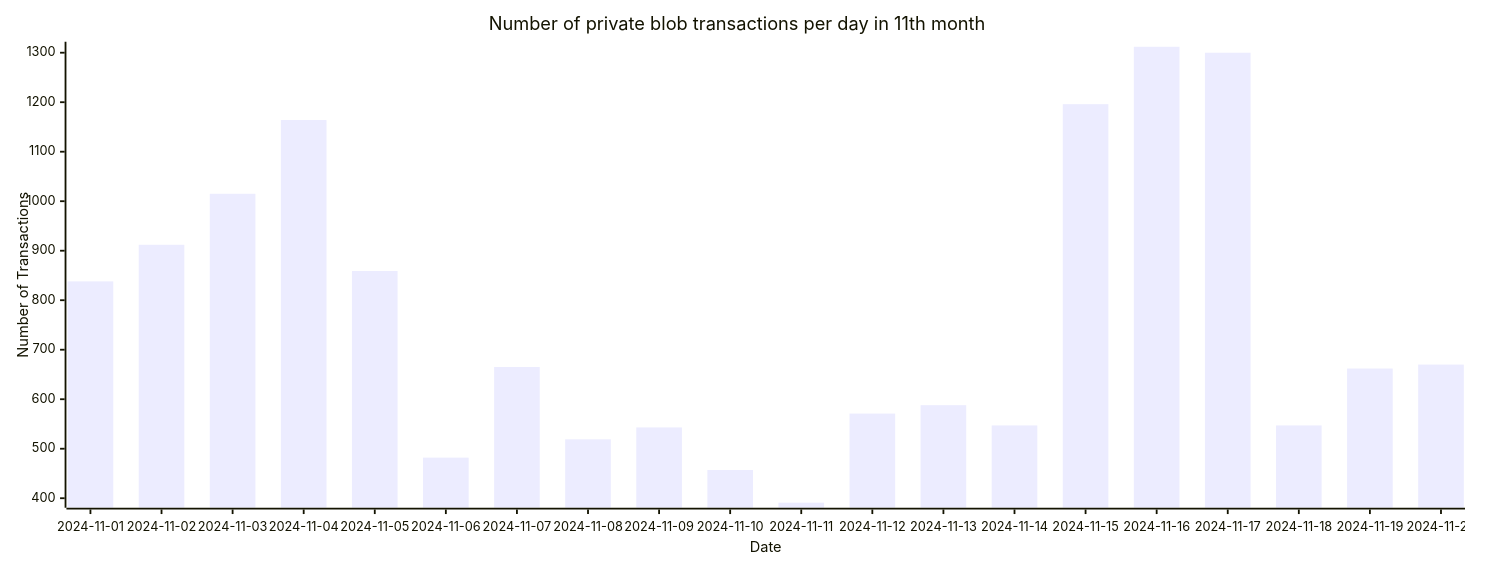
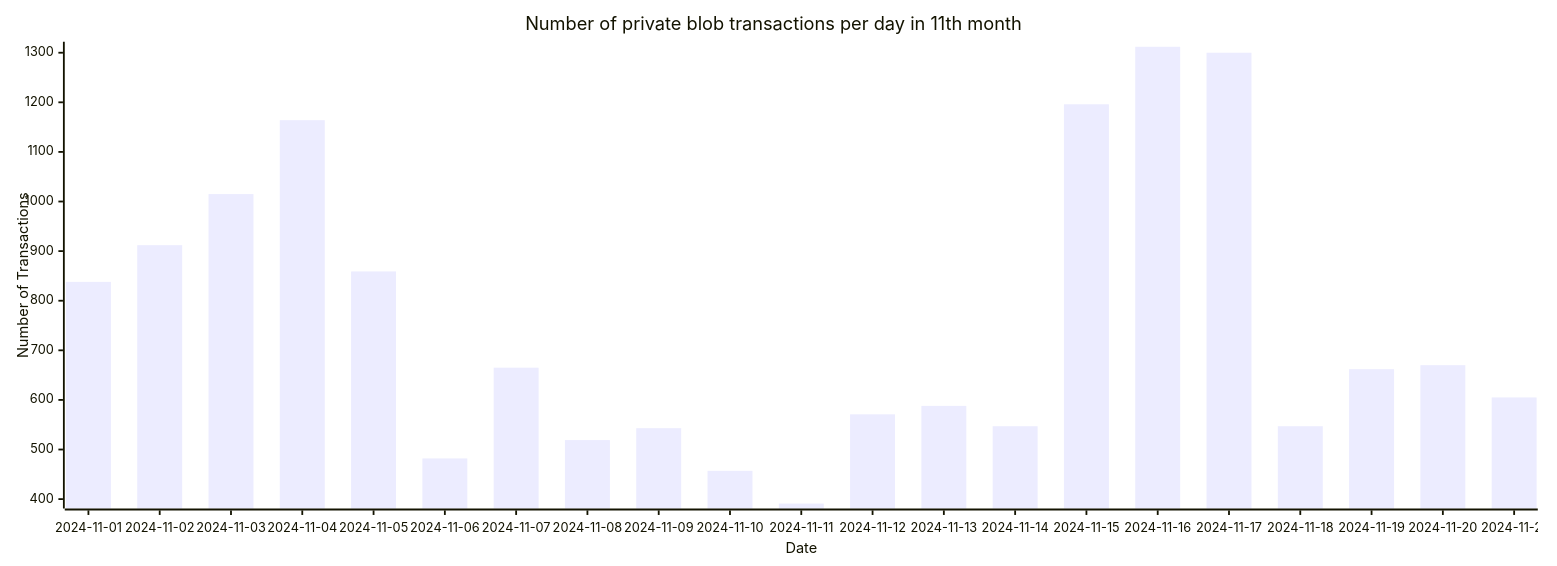
Before and after one commit to Amit0617/eip4844-data: the ninth of 9 diagrams in README.md, drawn with Mermaid. The commit also changed 1 other file, not shown here.

````diff
--- a/README.md
+++ b/README.md
@@ -105,12 +105,12 @@
 ```mermaid
 ---
 config:
     xyChart:
-        width: 1600
+        width: 1680
         height: 600
 ---
 xychart-beta title "Number of private blob transactions per day in 11th month"
-x-axis "Date" [2024-11-01,2024-11-02,2024-11-03,2024-11-04,2024-11-05,2024-11-06,2024-11-07,2024-11-08,2024-11-09,2024-11-10,2024-11-11,2024-11-12,2024-11-13,2024-11-14,2024-11-15,2024-11-16,2024-11-17,2024-11-18,2024-11-19,2024-11-20]
+x-axis "Date" [2024-11-01,2024-11-02,2024-11-03,2024-11-04,2024-11-05,2024-11-06,2024-11-07,2024-11-08,2024-11-09,2024-11-10,2024-11-11,2024-11-12,2024-11-13,2024-11-14,2024-11-15,2024-11-16,2024-11-17,2024-11-18,2024-11-19,2024-11-20,2024-11-21]
 y-axis "Number of Transactions"
-bar[838,912,1015,1164,859,482,665,519,543,457,391,571,588,547,1196,1312,1300,547,662,670]
+bar[838,912,1015,1164,859,482,665,519,543,457,391,571,588,547,1196,1312,1300,547,662,670,605]
 ```
````
